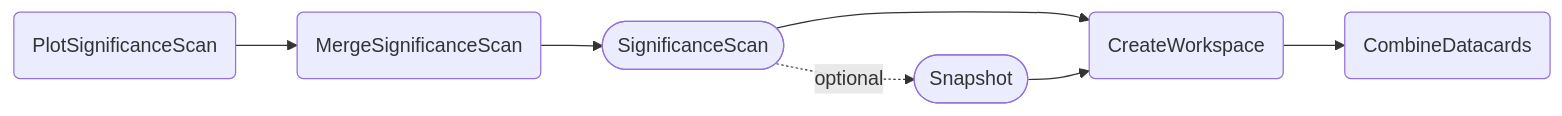
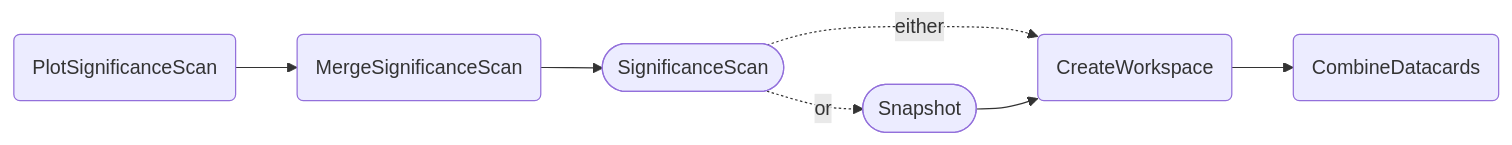
One commit to cms-hh/inference_tools changed the first of 2 diagrams in docs/content/tasks/significances.md. Above: the diagram before and after it, drawn with Mermaid. The commit also changed other lines of this file and 5 other files, not shown here.

````diff
--- a/docs/content/tasks/significances.md
+++ b/docs/content/tasks/significances.md
@@ -26,9 +26,9 @@
 ```mermaid
 graph LR;
     A(PlotSignificanceScan) --> B(MergeSignificanceScan);
     B --> C([SignificanceScan]);
-    C --> D(CreateWorkspace);
+    C -. either .-> D(CreateWorkspace);
     D --> E(CombineDatacards);
-    C -. optional .-> F([Snapshot]);
+    C -. or .-> F([Snapshot]);
     F --> D;
 ```
````
